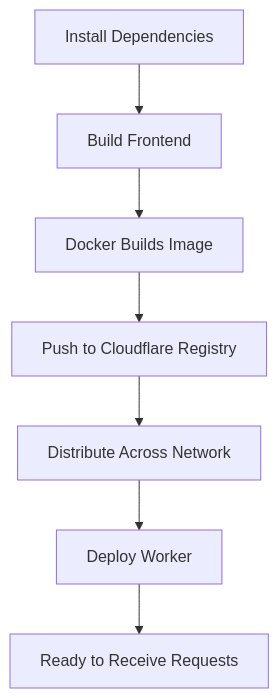
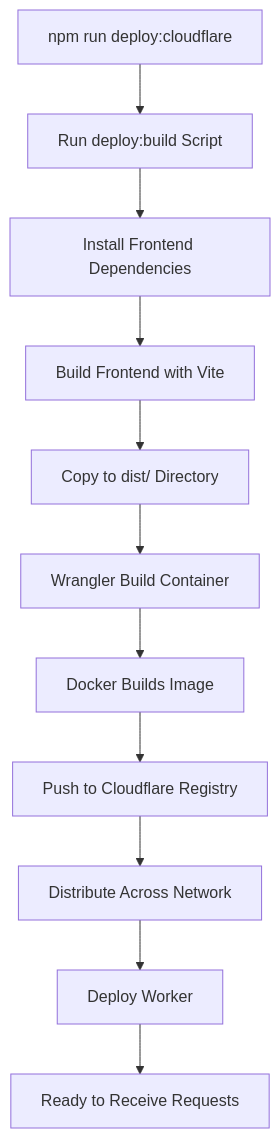
Before and after one commit to Mosasathaliya/lemonai: the diagram in DEPLOYMENT_QUICK_REF.md, drawn with Mermaid. The commit also changed other lines of this file, not shown here.

Commit message:
Update deployment documentation with new deploy:build task

````diff
--- a/DEPLOYMENT_QUICK_REF.md
+++ b/DEPLOYMENT_QUICK_REF.md
@@ -123,9 +130,13 @@
 ```mermaid
 graph TD
-    A[Install Dependencies] --> B[Build Frontend]
-    B --> C[Docker Builds Image]
-    C --> D[Push to Cloudflare Registry]
-    D --> E[Distribute Across Network]
-    E --> F[Deploy Worker]
-    F --> G[Ready to Receive Requests]
+    A[npm run deploy:cloudflare] --> B[Run deploy:build Script]
+    B --> C[Install Frontend Dependencies]
+    C --> D[Build Frontend with Vite]
+    D --> E[Copy to dist/ Directory]
+    E --> F[Wrangler Build Container]
+    F --> G[Docker Builds Image]
+    G --> H[Push to Cloudflare Registry]
+    H --> I[Distribute Across Network]
+    I --> J[Deploy Worker]
+    J --> K[Ready to Receive Requests]
 ```
````
